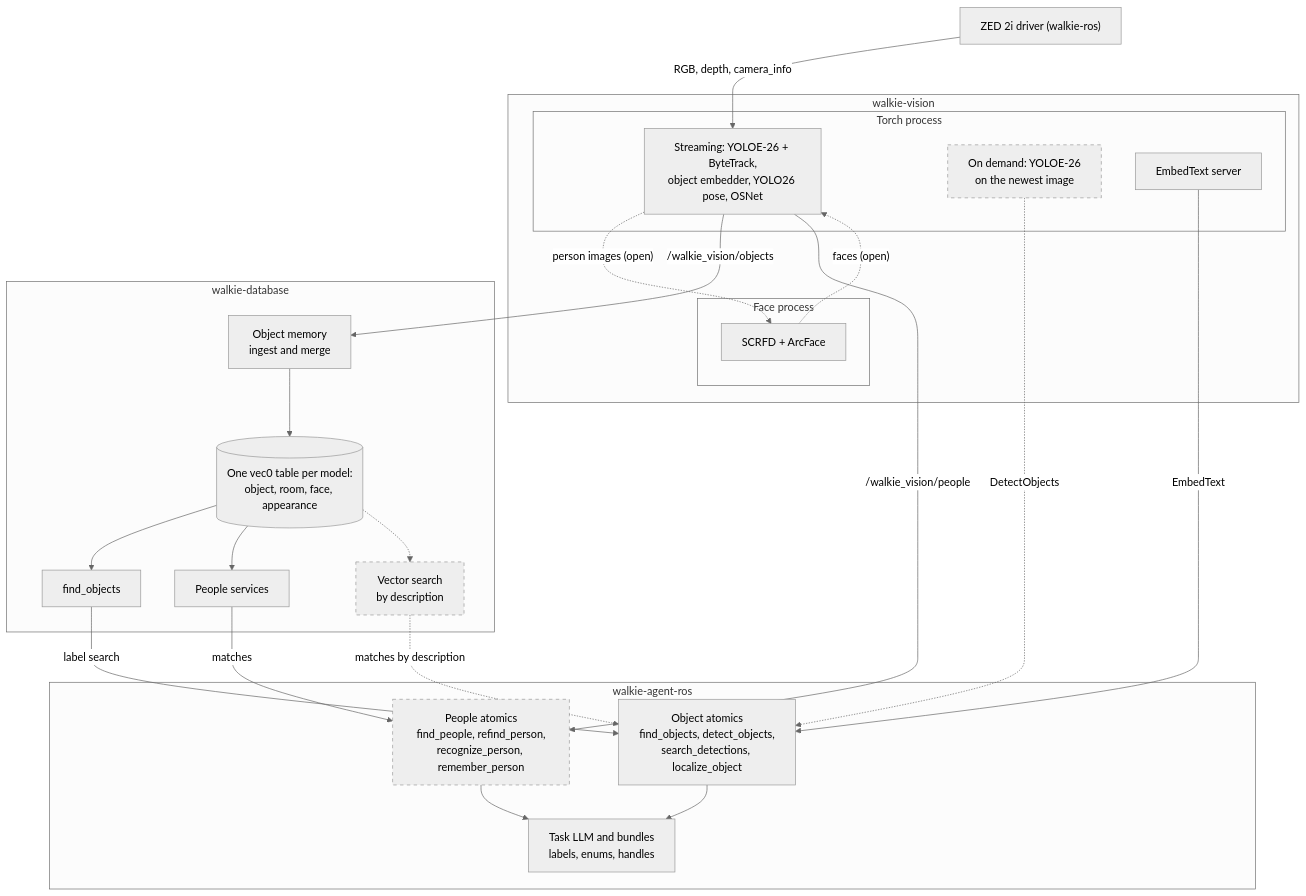
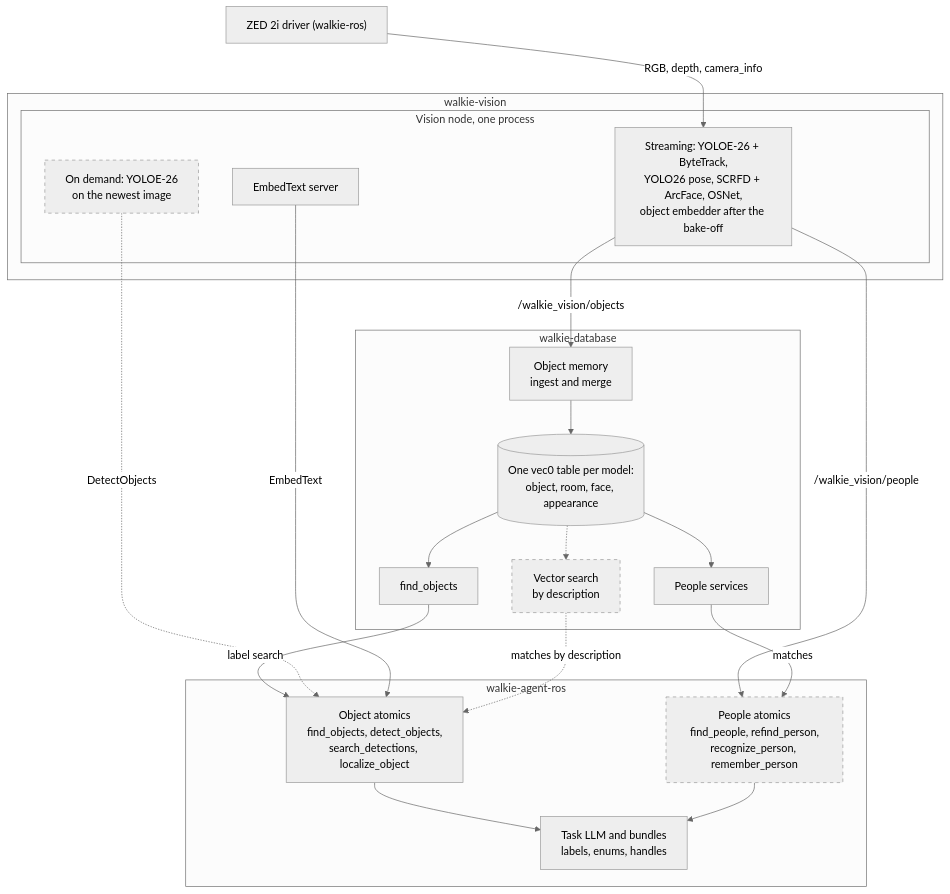
One commit to EIC-Robocup-2026/walkie-agent-ros changed the first of 4 diagrams in docs/architecture/perception.md. Above: the diagram before and after it, drawn with Mermaid (neutral theme). The commit also changed other lines of this file and 21 other files, not shown here.

````diff
--- a/docs/architecture/perception.md
+++ b/docs/architecture/perception.md
@@ -46,50 +46,45 @@
 ```mermaid
 flowchart TB
     zed["ZED 2i driver (walkie-ros)"]
 
     subgraph vision["walkie-vision"]
-        subgraph torch["Torch process"]
-            stream["Streaming: YOLOE-26 + ByteTrack,<br/>object embedder, YOLO26 pose, OSNet"]
+        subgraph visionnode["Vision node, one process"]
+            stream["Streaming: YOLOE-26 + ByteTrack,<br/>YOLO26 pose, SCRFD + ArcFace, OSNet,<br/>object embedder after the bake-off"]
             ondemand["On demand: YOLOE-26<br/>on the newest image"]:::proposed
             embedtext["EmbedText server"]
-        end
-        subgraph facep["Face process"]
-            face["SCRFD + ArcFace"]
         end
     end
 
     subgraph database["walkie-database"]
         ingest["Object memory<br/>ingest and merge"]
         tables[("One vec0 table per model:<br/>object, room, face, appearance")]
         findsrv["find_objects"]
         peoplesrv["People services"]
         newsrv["Vector search<br/>by description"]:::proposed
     end
 
     subgraph agent["walkie-agent-ros"]
         objatoms["Object atomics<br/>find_objects, detect_objects,<br/>search_detections, localize_object"]
         pplatoms["People atomics<br/>find_people, refind_person,<br/>recognize_person, remember_person"]:::proposed
         llm["Task LLM and bundles<br/>labels, enums, handles"]
     end
 
     zed -- "RGB, depth, camera_info" --> stream
     zed ~~~ ondemand
     zed ~~~ embedtext
-    stream -. "person images (open)" .-> face
-    face -. "faces (open)" .-> stream
     stream -- "/walkie_vision/objects" --> ingest
     ingest --> tables
     tables --> findsrv
     tables --> peoplesrv
     tables -.-> newsrv
     findsrv -- "label search" --> objatoms
     ondemand -. "DetectObjects" .-> objatoms
     embedtext -- "EmbedText" --> objatoms
     stream -- "/walkie_vision/people" --> pplatoms
     peoplesrv -- "matches" --> pplatoms
     newsrv -. "matches by description" .-> objatoms
     objatoms --> llm
     pplatoms --> llm
 
     classDef proposed stroke-dasharray: 5 5;
 ```
````
